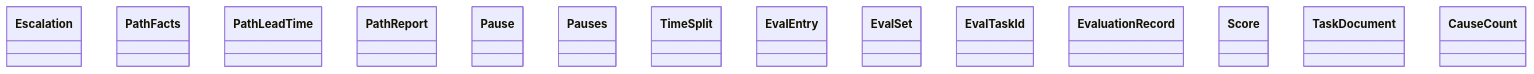
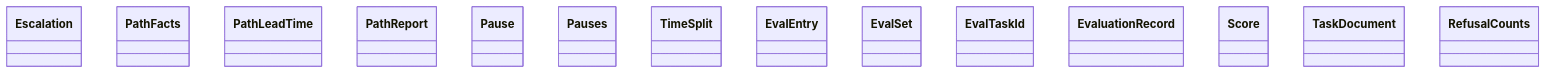
One commit to GonzaloZevallos/agentic-system changed the diagram in docs/architecture/generated/classes-measurement-domain-scorecard-1.md. Above: the diagram before and after it, drawn with Mermaid. The commit also changed 12 other files, not shown here.

First line of the commit message:
Cluster metrics in the measurement docs and regenerate the class diagrams

````diff
--- a/docs/architecture/generated/classes-measurement-domain-scorecard-1.md
+++ b/docs/architecture/generated/classes-measurement-domain-scorecard-1.md
@@ -10,17 +10,17 @@
 ```mermaid
 classDiagram
     class cycle__Escalation["Escalation"]
     class cycle__PathFacts["PathFacts"]
     class cycle__PathLeadTime["PathLeadTime"]
     class cycle__PathReport["PathReport"]
     class cycle__Pause["Pause"]
     class cycle__Pauses["Pauses"]
     class cycle__TimeSplit["TimeSplit"]
     class evaluation__EvalEntry["EvalEntry"]
     class evaluation__EvalSet["EvalSet"]
     class evaluation__EvalTaskId["EvalTaskId"]
     class evaluation__EvaluationRecord["EvaluationRecord"]
     class evaluation__Score["Score"]
     class evaluation__TaskDocument["TaskDocument"]
-    class scorecard__CauseCount["CauseCount"]
+    class metrics__RefusalCounts["RefusalCounts"]
 ```
````
